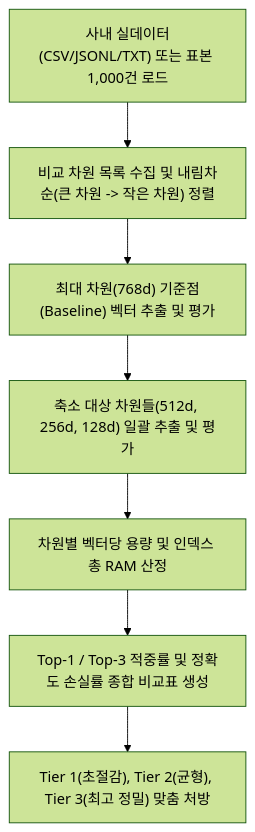
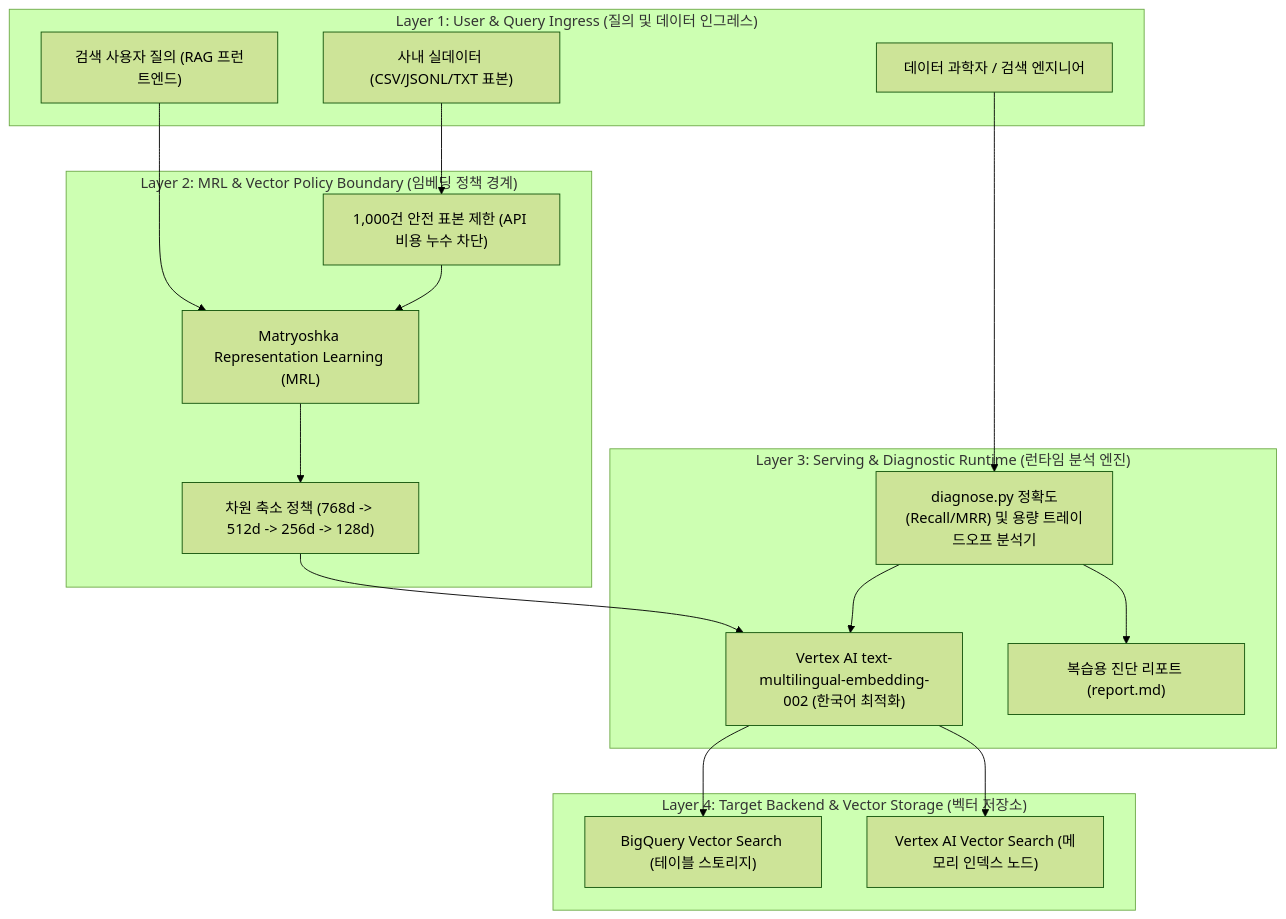
Before and after one commit to jiangjun-forge/google-cloud-0-to-1: the diagram in samples/embedding-dimension-tradeoff-analyzer/README.md, drawn with Mermaid (forest theme). The commit also changed other lines of this file and 94 other files, not shown here.

Commit message:
Standardize architecture specifications

````diff
--- a/samples/embedding-dimension-tradeoff-analyzer/README.md
+++ b/samples/embedding-dimension-tradeoff-analyzer/README.md
@@ -76,9 +76,36 @@
 ```mermaid
 flowchart TD
-    A["사내 실데이터(CSV/JSONL/TXT) 또는 표본 1,000건 로드"] --> B["비교 차원 목록 수집 및 내림차순(큰 차원 -> 작은 차원) 정렬"]
-    B --> C["최대 차원(768d) 기준점(Baseline) 벡터 추출 및 평가"]
-    C --> D["축소 대상 차원들(512d, 256d, 128d) 일괄 추출 및 평가"]
-    D --> E["차원별 벡터당 용량 및 인덱스 총 RAM 산정"]
-    E --> F["Top-1 / Top-3 적중률 및 정확도 손실률 종합 비교표 생성"]
-    F --> G["Tier 1(초절감), Tier 2(균형), Tier 3(최고 정밀) 맞춤 처방"]
+    subgraph Layer1["Layer 1: User & Query Ingress (질의 및 데이터 인그레스)"]
+        UserQuery["검색 사용자 질의 (RAG 프런트엔드)"]
+        DataScientist["데이터 과학자 / 검색 엔지니어"]
+        SampleCorpus["사내 실데이터 (CSV/JSONL/TXT 표본)"]
+    end
+
+    subgraph Layer2["Layer 2: MRL & Vector Policy Boundary (임베딩 정책 경계)"]
+        MRLPolicy["Matryoshka Representation Learning (MRL)"]
+        DimConfig["차원 축소 정책 (768d -> 512d -> 256d -> 128d)"]
+        SafetyCap["1,000건 안전 표본 제한 (API 비용 누수 차단)"]
+    end
+
+    subgraph Layer3["Layer 3: Serving & Diagnostic Runtime (런타임 분석 엔진)"]
+        EmbeddingModel["Vertex AI text-multilingual-embedding-002 (한국어 최적화)"]
+        AnalyzerCLI["diagnose.py 정확도(Recall/MRR) 및 용량 트레이드오프 분석기"]
+        ReportOutput["복습용 진단 리포트 (report.md)"]
+    end
+
+    subgraph Layer4["Layer 4: Target Backend & Vector Storage (벡터 저장소)"]
+        BigQueryVector["BigQuery Vector Search (테이블 스토리지)"]
+        VectorSearchIndex["Vertex AI Vector Search (메모리 인덱스 노드)"]
+    end
+
+    UserQuery --> MRLPolicy
+    SampleCorpus --> SafetyCap
+    SafetyCap --> MRLPolicy
+    MRLPolicy --> DimConfig
+    DimConfig --> EmbeddingModel
+    EmbeddingModel --> BigQueryVector
+    EmbeddingModel --> VectorSearchIndex
+    DataScientist --> AnalyzerCLI
+    AnalyzerCLI --> EmbeddingModel
+    AnalyzerCLI --> ReportOutput
 ```
````
